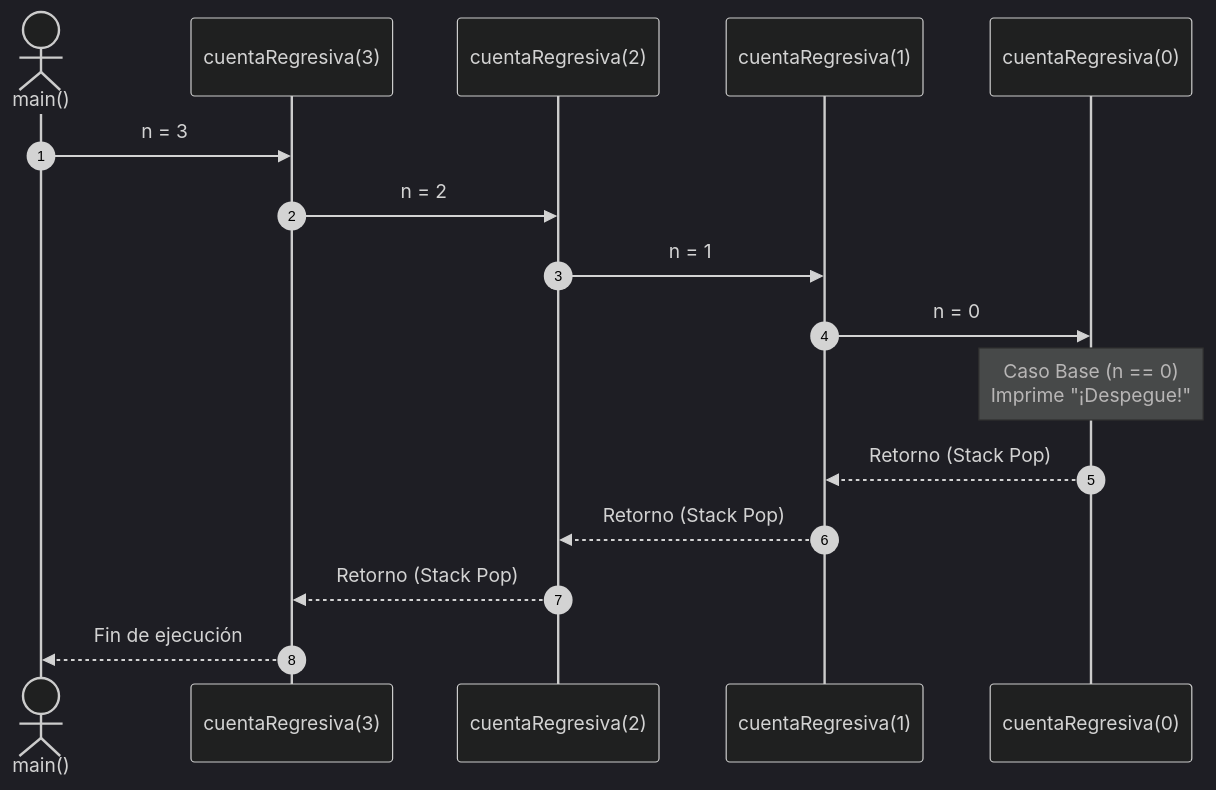
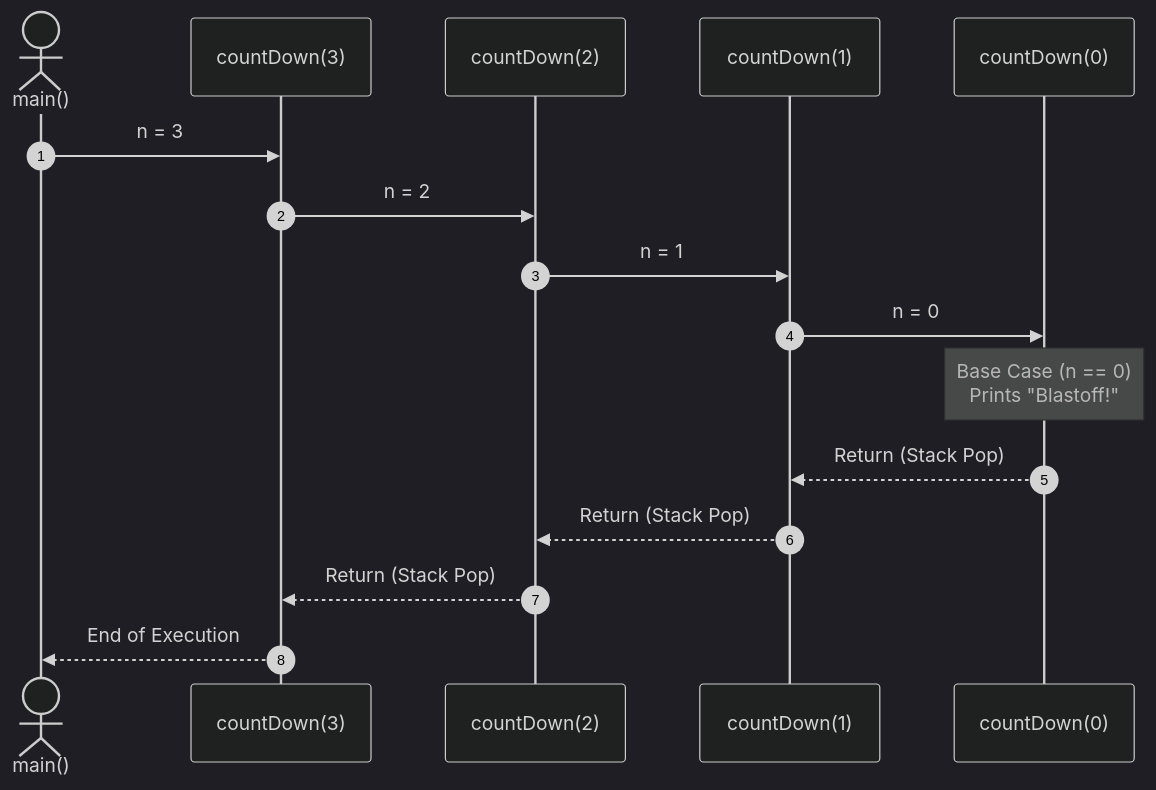
Before and after one commit to MiniLux0/LearningCpp: the second of 2 diagrams in 05_RecursionAlgorithms/theory/L31_ThinkingRecursively.md, drawn with Mermaid (dark theme). The commit also changed other lines of this file and 13 other files, not shown here.

Commit message:
Refactor Section 05: English translation & programmatic SVG algorithmic diagrams

````diff
--- a/05_RecursionAlgorithms/theory/L31_ThinkingRecursively.md
+++ b/05_RecursionAlgorithms/theory/L31_ThinkingRecursively.md
@@ -113,19 +113,19 @@
 ```mermaid
 sequenceDiagram
     autonumber
     actor Main as main()
-    participant F3 as cuentaRegresiva(3)
-    participant F2 as cuentaRegresiva(2)
-    participant F1 as cuentaRegresiva(1)
-    participant F0 as cuentaRegresiva(0)
+    participant F3 as countDown(3)
+    participant F2 as countDown(2)
+    participant F1 as countDown(1)
+    participant F0 as countDown(0)
 
     Main->>F3: n = 3
     F3->>F2: n = 2
     F2->>F1: n = 1
     F1->>F0: n = 0
-    Note over F0: Caso Base (n == 0)<br/>Imprime "¡Despegue!"
-    F0-->>F1: Retorno (Stack Pop)
-    F1-->>F2: Retorno (Stack Pop)
-    F2-->>F3: Retorno (Stack Pop)
-    F3-->>Main: Fin de ejecución
+    Note over F0: Base Case (n == 0)<br/>Prints "Blastoff!"
+    F0-->>F1: Return (Stack Pop)
+    F1-->>F2: Return (Stack Pop)
+    F2-->>F3: Return (Stack Pop)
+    F3-->>Main: End of Execution
 ```
````
